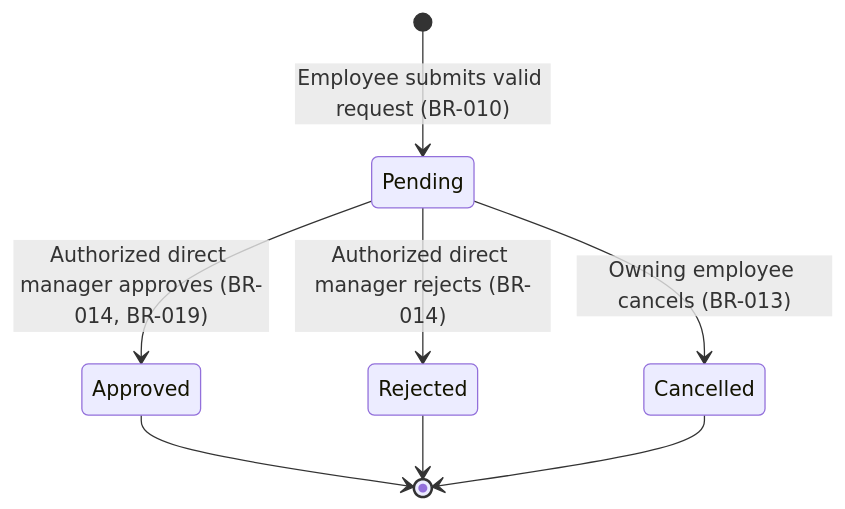
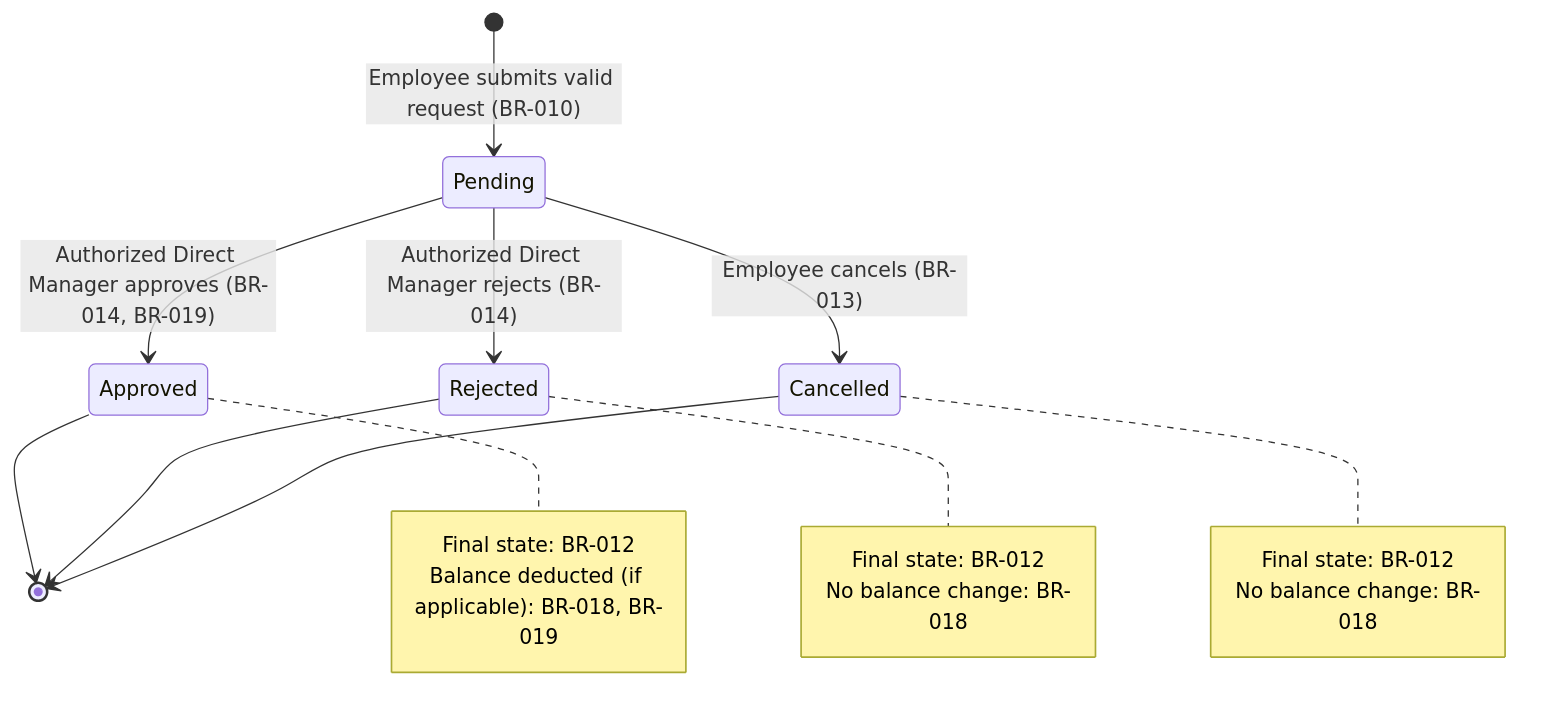
Before and after one commit to full-stack-dev-johncastrosanabria/NovaLeave: the diagram in specs/001-leave-management-mvp/spec.md, drawn with Mermaid. The commit also changed other lines of this file, not shown here.

````diff
--- a/specs/001-leave-management-mvp/spec.md
+++ b/specs/001-leave-management-mvp/spec.md
@@ -204,10 +857,22 @@
 ```mermaid
 stateDiagram-v2
     [*] --> Pending : Employee submits valid request (BR-010)
-    Pending --> Approved : Authorized direct manager approves (BR-014, BR-019)
-    Pending --> Rejected : Authorized direct manager rejects (BR-014)
-    Pending --> Cancelled : Owning employee cancels (BR-013)
+    Pending --> Approved : Authorized Direct Manager approves (BR-014, BR-019)
+    Pending --> Rejected : Authorized Direct Manager rejects (BR-014)
+    Pending --> Cancelled : Employee cancels (BR-013)
     Approved --> [*]
     Rejected --> [*]
     Cancelled --> [*]
+    note right of Approved
+        Final state: BR-012
+        Balance deducted (if applicable): BR-018, BR-019
+    end note
+    note right of Rejected
+        Final state: BR-012
+        No balance change: BR-018
+    end note
+    note right of Cancelled
+        Final state: BR-012
+        No balance change: BR-018
+    end note
 ```
````
